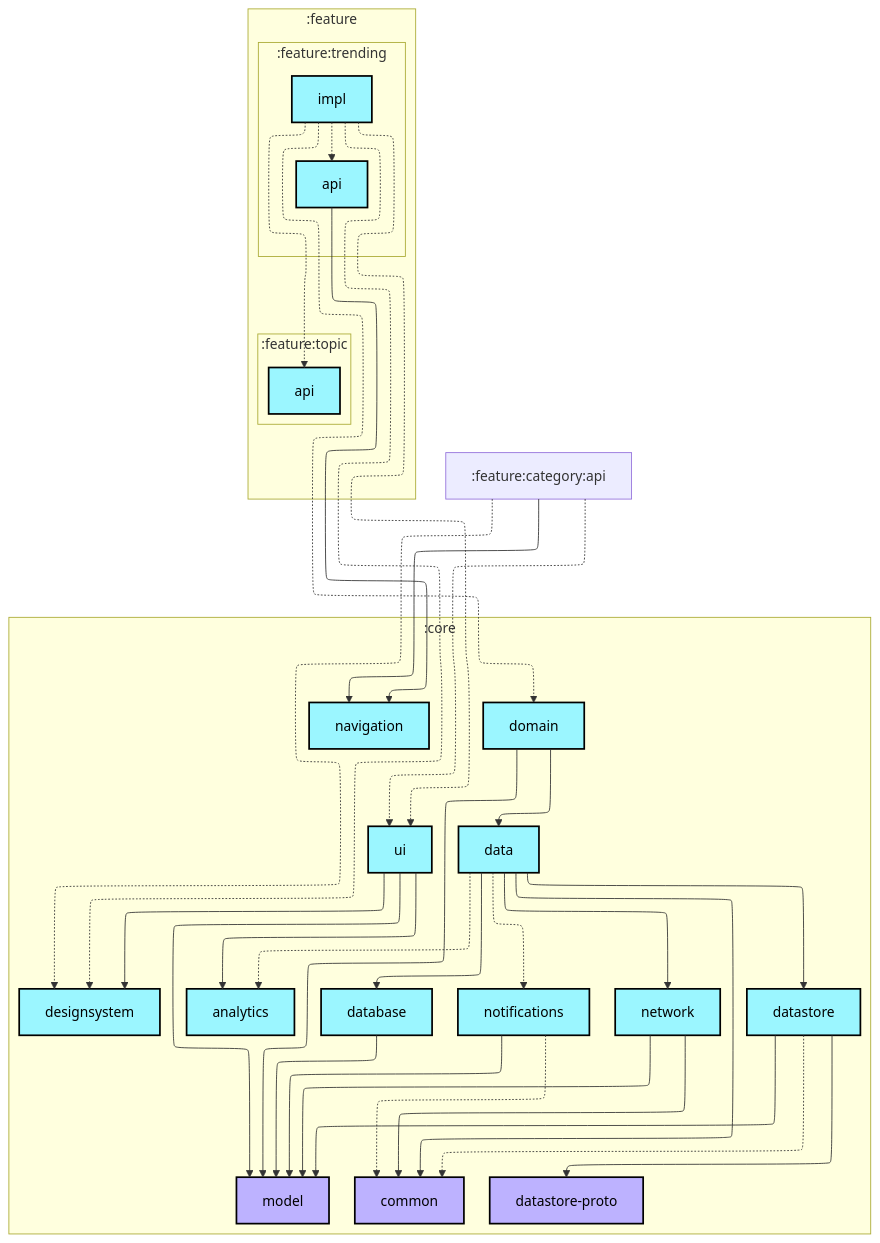
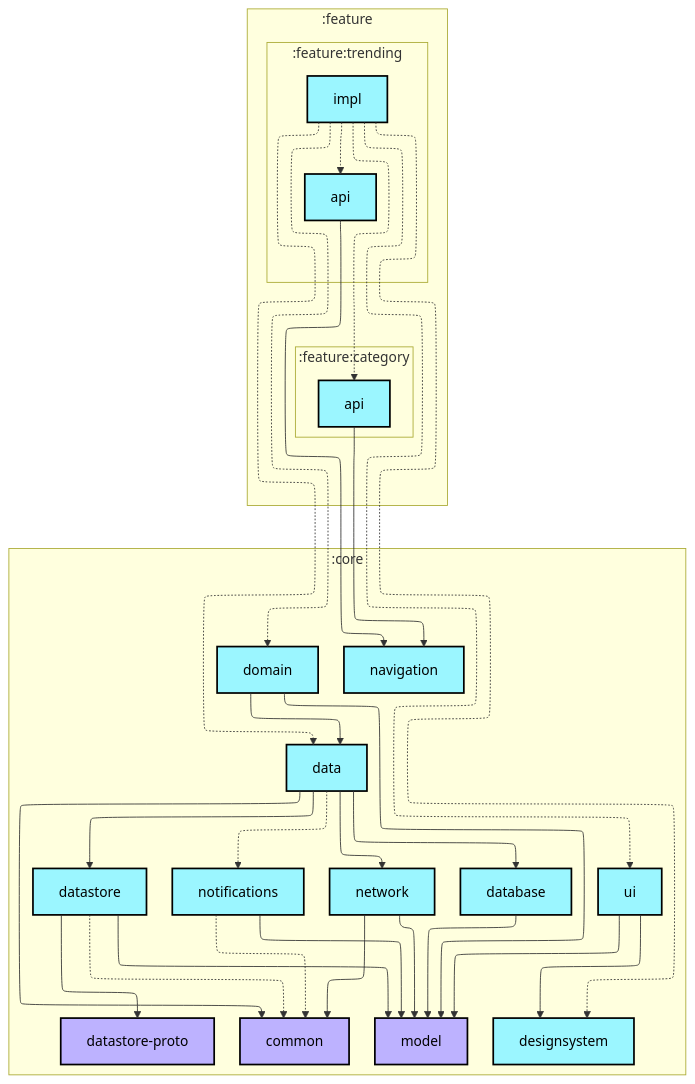
One commit to AshishMK/JetUpdates changed the first of 2 diagrams in feature/trending/impl/README.md. Above: the diagram before and after it, drawn with Mermaid. The commit also changed 15 other files, not shown here.

Commit message:
feat: hideBottomBar logic All pull requests completed after PR # 2003Migrate project to Jetpack Navigation 3 to PR #2100 Update README graphs with correct datastore-proto plugin

````diff
--- a/feature/trending/impl/README.md
+++ b/feature/trending/impl/README.md
@@ -6,73 +6,69 @@
 ```mermaid
 ---
 config:
   layout: elk
   elk:
     nodePlacementStrategy: SIMPLE
 ---
 graph TB
   subgraph :feature
     direction TB
     subgraph :feature:trending
       direction TB
       :feature:trending:api[api]:::android-library
       :feature:trending:impl[impl]:::android-library
     end
-    subgraph :feature:topic
+    subgraph :feature:category
       direction TB
-      :feature:topic:api[api]:::android-library
+      :feature:category:api[api]:::android-library
     end
   end
   subgraph :core
     direction TB
-    :core:analytics[analytics]:::android-library
     :core:common[common]:::jvm-library
     :core:data[data]:::android-library
     :core:database[database]:::android-library
     :core:datastore[datastore]:::android-library
     :core:datastore-proto[datastore-proto]:::jvm-library
     :core:designsystem[designsystem]:::android-library
     :core:domain[domain]:::android-library
     :core:model[model]:::jvm-library
     :core:navigation[navigation]:::android-library
     :core:network[network]:::android-library
     :core:notifications[notifications]:::android-library
     :core:ui[ui]:::android-library
   end
 
-  :core:data -.-> :core:analytics
   :core:data --> :core:common
   :core:data --> :core:database
   :core:data --> :core:datastore
   :core:data --> :core:network
   :core:data -.-> :core:notifications
   :core:database --> :core:model
   :core:datastore -.-> :core:common
   :core:datastore --> :core:datastore-proto
   :core:datastore --> :core:model
   :core:domain --> :core:data
   :core:domain --> :core:model
   :core:network --> :core:common
   :core:network --> :core:model
   :core:notifications -.-> :core:common
   :core:notifications --> :core:model
-  :core:ui --> :core:analytics
   :core:ui --> :core:designsystem
   :core:ui --> :core:model
+  :feature:category:api --> :core:navigation
   :feature:trending:api --> :core:navigation
+  :feature:trending:impl -.-> :core:data
   :feature:trending:impl -.-> :core:designsystem
   :feature:trending:impl -.-> :core:domain
   :feature:trending:impl -.-> :core:ui
+  :feature:trending:impl -.-> :feature:category:api
   :feature:trending:impl -.-> :feature:trending:api
-  :feature:trending:impl -.-> :feature:topic:api
-  :feature:category:api -.-> :core:designsystem
-  :feature:category:api --> :core:navigation
-  :feature:category:api -.-> :core:ui
 
 classDef android-application fill:#CAFFBF,stroke:#000,stroke-width:2px,color:#000;
 classDef android-feature fill:#FFD6A5,stroke:#000,stroke-width:2px,color:#000;
 classDef android-library fill:#9BF6FF,stroke:#000,stroke-width:2px,color:#000;
 classDef android-test fill:#A0C4FF,stroke:#000,stroke-width:2px,color:#000;
 classDef jvm-library fill:#BDB2FF,stroke:#000,stroke-width:2px,color:#000;
 classDef unknown fill:#FFADAD,stroke:#000,stroke-width:2px,color:#000;
 ```
````
